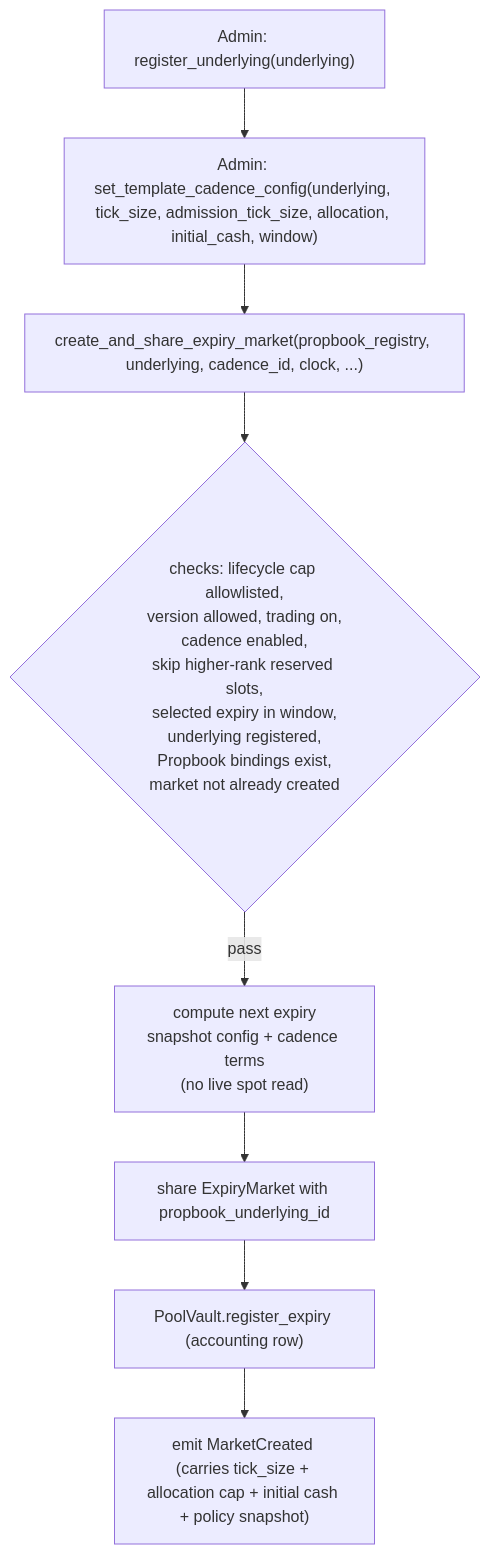
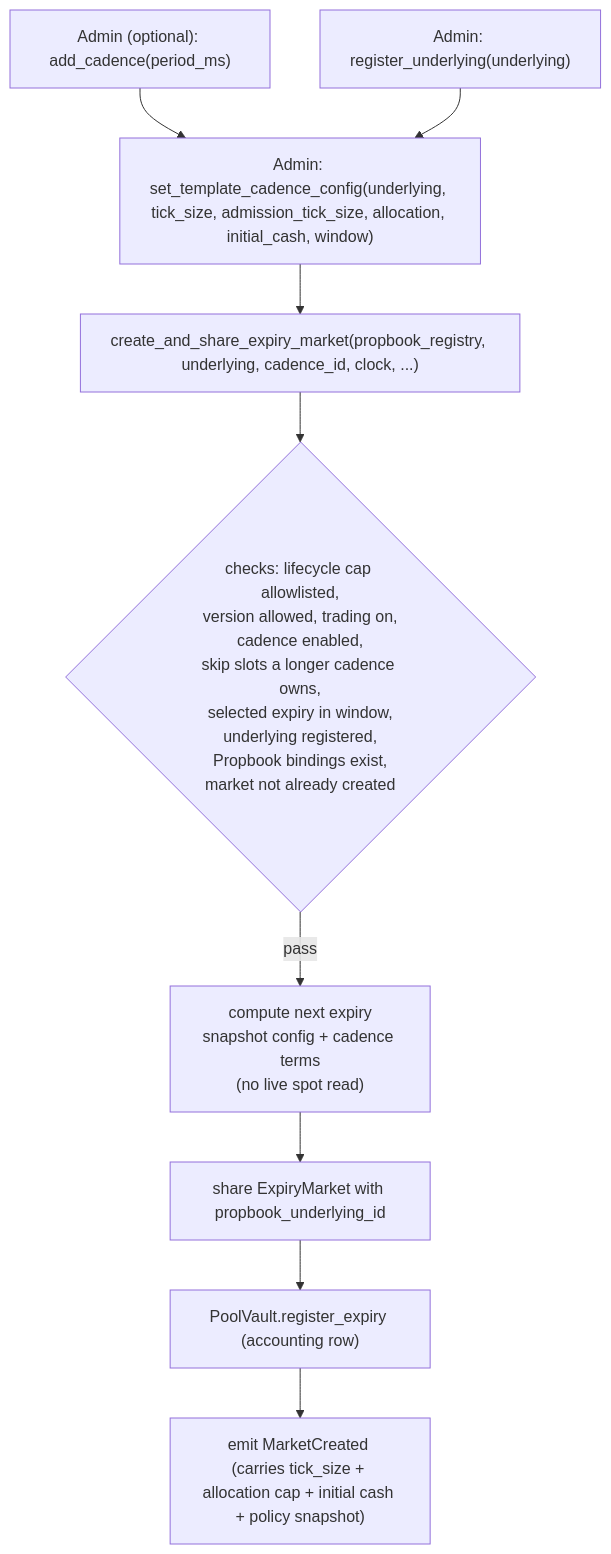
Before and after one commit to MystenLabs/deepbookv3: the first of 2 diagrams in packages/predict/docs/concepts/markets-and-positions.md, drawn with Mermaid. The commit also changed other lines of this file and 8 other files, not shown here.

First line of the commit message:
predict: admin-managed cadence table (DBU-1106) (#1393)

````diff
--- a/packages/predict/docs/concepts/markets-and-positions.md
+++ b/packages/predict/docs/concepts/markets-and-positions.md
@@ -26,10 +28,11 @@
 ```mermaid
 flowchart TD
+  Z["Admin (optional): add_cadence(period_ms)"] --> B
   A["Admin: register_underlying(underlying)"] --> B["Admin: set_template_cadence_config(underlying, tick_size, admission_tick_size, allocation, initial_cash, window)"]
   B --> C["create_and_share_expiry_market(propbook_registry, underlying, cadence_id, clock, ...)"]
-  C --> D{"checks: lifecycle cap allowlisted,<br/>version allowed, trading on,<br/>cadence enabled,<br/>skip higher-rank reserved slots,<br/>selected expiry in window,<br/>underlying registered,<br/>Propbook bindings exist,<br/>market not already created"}
+  C --> D{"checks: lifecycle cap allowlisted,<br/>version allowed, trading on,<br/>cadence enabled,<br/>skip slots a longer cadence owns,<br/>selected expiry in window,<br/>underlying registered,<br/>Propbook bindings exist,<br/>market not already created"}
   D -->|pass| E["compute next expiry<br/>snapshot config + cadence terms<br/>(no live spot read)"]
   E --> F["share ExpiryMarket with propbook_underlying_id"]
   F --> G["PoolVault.register_expiry (accounting row)"]
   G --> H["emit MarketCreated (carries tick_size + allocation cap + initial cash + policy snapshot)"]
 ```
````
